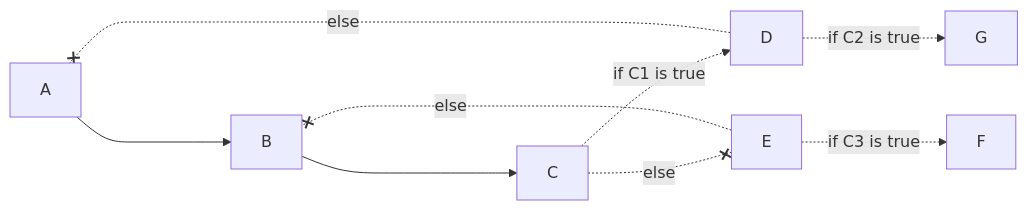
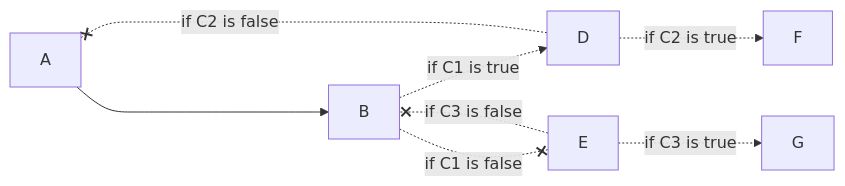
Before and after one commit to OlofMorraNavara/TemporalQuestions: the fourth of 4 diagrams in README.md, drawn with Mermaid. The commit also changed 4 other files, not shown here.

````diff
--- a/README.md
+++ b/README.md
@@ -50,11 +50,10 @@
 ```mermaid
 flowchart LR
     A ----> B
-    B ----> C
-    C -.if C1 is true.-> D
-    D -.if C2 is true.-> G
-    D -.else.-x A
-    C -.else.-x E
-    E -.if C3 is true.-> F
-    E -.else.-x B
+    B -.if C1 is true.-> D
+    D -.if C2 is true.-> F
+    D -.if C2 is false.-x A
+    B -.if C1 is false.-x E
+    E -.if C3 is true.-> G
+    E -.if C3 is false.-x B
 ```
````
